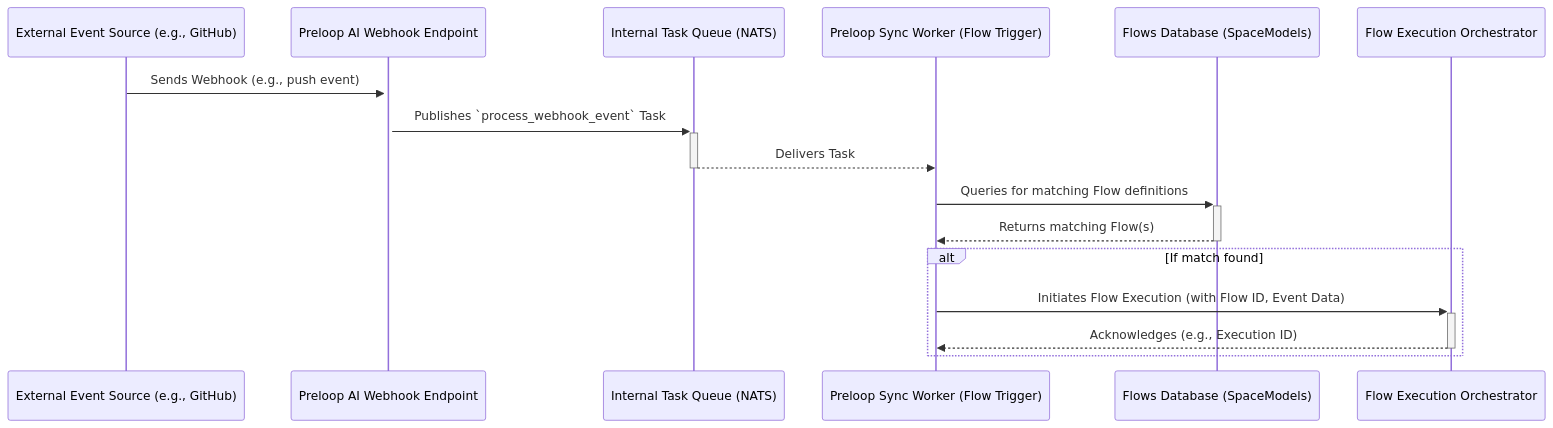
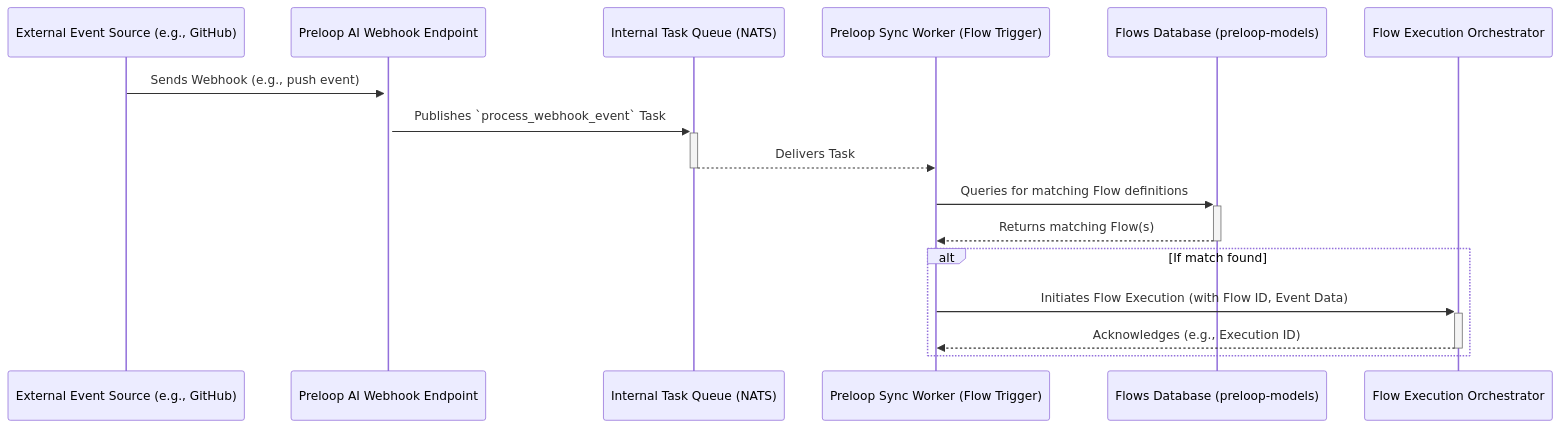
The fifth of 7 diagrams in ARCHITECTURE.md (GiorgosAlexakis/preloop), drawn with Mermaid before and after one commit. The commit also changed other lines of this file and 9 other files, not shown here.

````diff
--- a/ARCHITECTURE.md
+++ b/ARCHITECTURE.md
@@ -661,19 +661,19 @@
 ```mermaid
 sequenceDiagram
     participant ExtSrc as External Event Source (e.g., GitHub)
     participant WebhookEP as Preloop AI Webhook Endpoint
     participant TaskQueue as Internal Task Queue (NATS)
     participant Worker as Preloop Sync Worker (Flow Trigger)
-    participant FlowsDB as Flows Database (SpaceModels)
+    participant FlowsDB as Flows Database (preloop-models)
     participant FlowExecOrch as Flow Execution Orchestrator
 
     ExtSrc->>+WebhookEP: Sends Webhook (e.g., push event)
     WebhookEP->>+TaskQueue: Publishes `process_webhook_event` Task
     TaskQueue-->>-Worker: Delivers Task
     Worker->>+FlowsDB: Queries for matching Flow definitions
     FlowsDB-->>-Worker: Returns matching Flow(s)
     alt If match found
         Worker->>+FlowExecOrch: Initiates Flow Execution (with Flow ID, Event Data)
         FlowExecOrch-->>-Worker: Acknowledges (e.g., Execution ID)
     end
 ```
````
